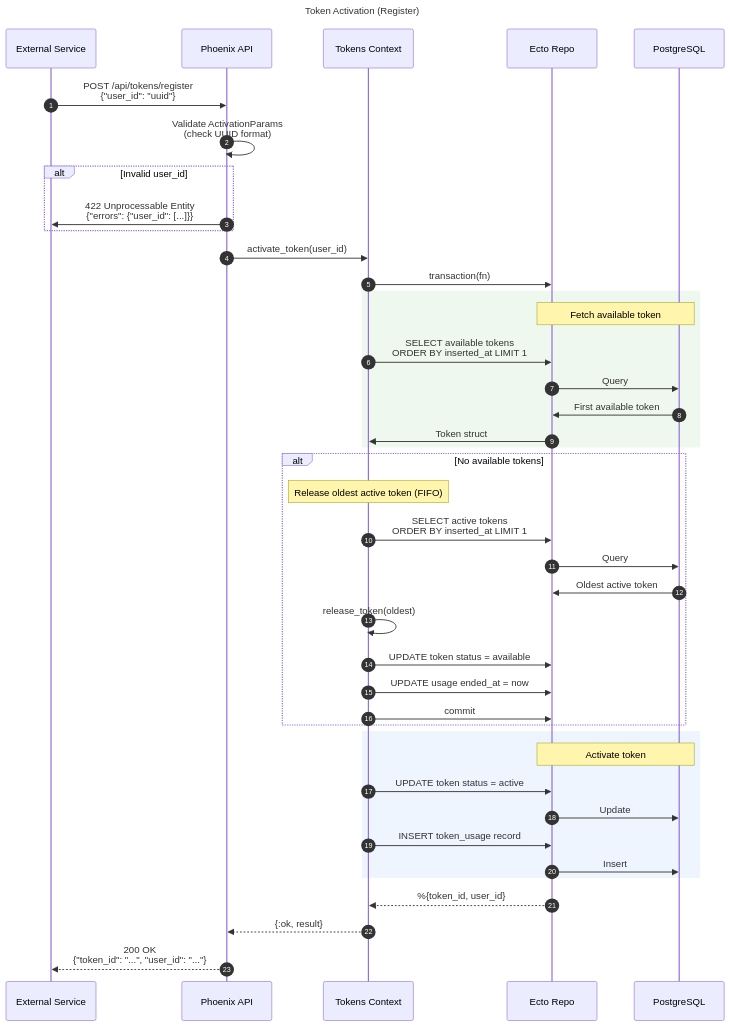
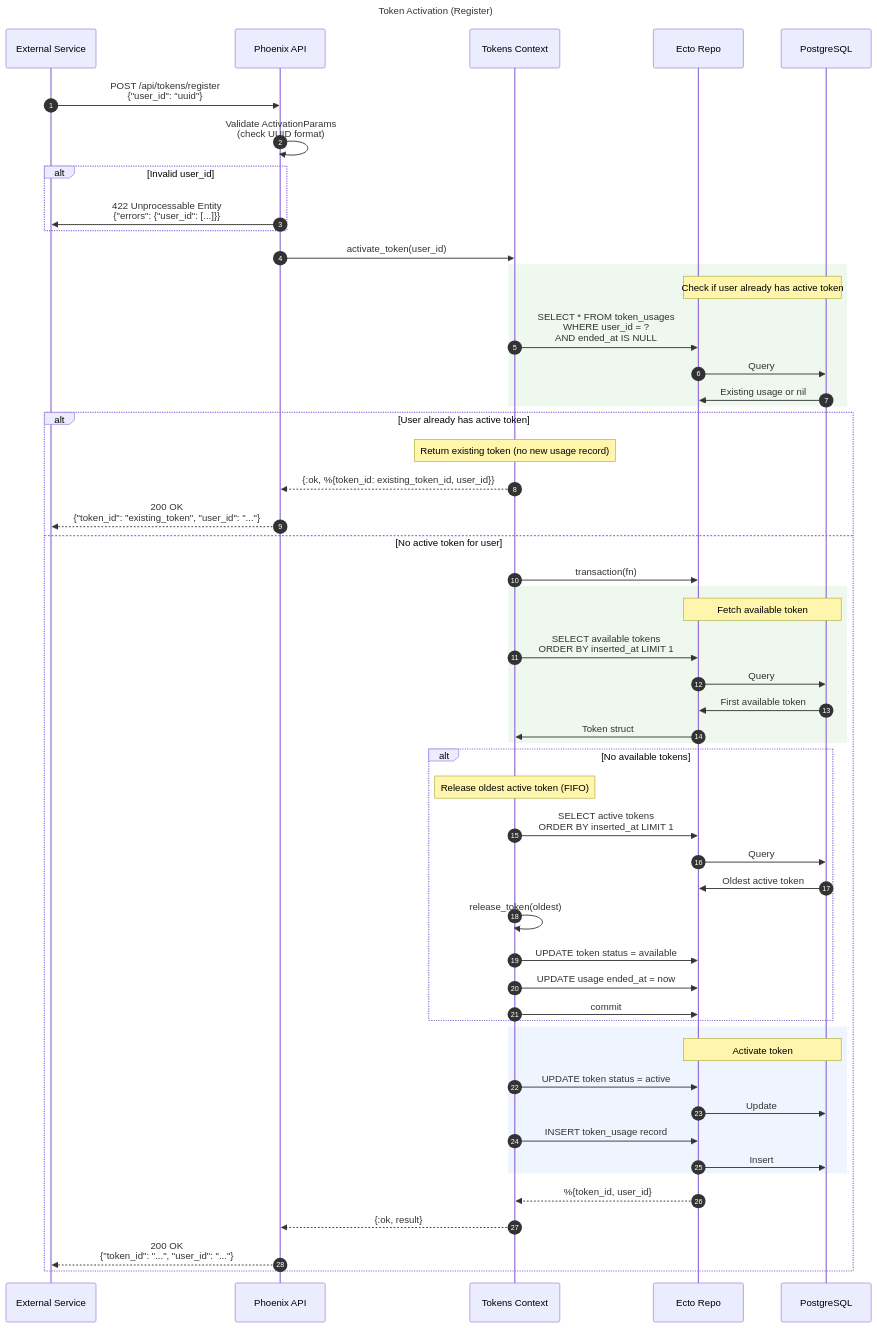
One commit to helderbarboza/token_guard changed the first of 6 diagrams in README.md. Above: the diagram before and after it, drawn with Mermaid. The commit also changed other lines of this file and 3 other files, not shown here.

Commit message:
refactor: a user cannot have more than one active token

````diff
--- a/README.md
+++ b/README.md
@@ -95,53 +96,66 @@
 ```mermaid
 sequenceDiagram
     title Token Activation (Register)
     autonumber
     participant Client as External Service
     participant API as Phoenix API
     participant Tokens as Tokens Context
     participant Repo as Ecto Repo
     participant DB as PostgreSQL
 
     Client->>API: POST /api/tokens/register<br/>{"user_id": "uuid"}
     
     API->>API: Validate ActivationParams<br/>(check UUID format)
     
     alt Invalid user_id
         API->>Client: 422 Unprocessable Entity<br/>{"errors": {"user_id": [...]}}
     end
     
     API->>Tokens: activate_token(user_id)
     
-    Tokens->>Repo: transaction(fn)
-    
     rect rgba(200, 230, 200, 0.3)
-        Note over Repo,DB: Fetch available token
-        Tokens->>Repo: SELECT available tokens<br/>ORDER BY inserted_at LIMIT 1
+        Note over Repo,DB: Check if user already has active token
+        Tokens->>Repo: SELECT * FROM token_usages<br/>WHERE user_id = ?<br/>AND ended_at IS NULL
         Repo->>DB: Query
-        DB->>Repo: First available token
-        Repo->>Tokens: Token struct
+        DB->>Repo: Existing usage or nil
     end
     
-    alt No available tokens
-        Note over Tokens: Release oldest active token (FIFO)
-        Tokens->>Repo: SELECT active tokens<br/>ORDER BY inserted_at LIMIT 1
-        Repo->>DB: Query
-        DB->>Repo: Oldest active token
-        Tokens->>Tokens: release_token(oldest)
-        Tokens->>Repo: UPDATE token status = available
-        Tokens->>Repo: UPDATE usage ended_at = now
-        Tokens->>Repo: commit
+    alt User already has active token
+        Note over Tokens: Return existing token (no new usage record)
+        Tokens-->>API: {:ok, %{token_id: existing_token_id, user_id}}
+        API-->>Client: 200 OK<br/>{"token_id": "existing_token", "user_id": "..."}
+    else No active token for user
+        Tokens->>Repo: transaction(fn)
+        
+        rect rgba(200, 230, 200, 0.3)
+            Note over Repo,DB: Fetch available token
+            Tokens->>Repo: SELECT available tokens<br/>ORDER BY inserted_at LIMIT 1
+            Repo->>DB: Query
+            DB->>Repo: First available token
+            Repo->>Tokens: Token struct
+        end
+        
+        alt No available tokens
+            Note over Tokens: Release oldest active token (FIFO)
+            Tokens->>Repo: SELECT active tokens<br/>ORDER BY inserted_at LIMIT 1
+            Repo->>DB: Query
+            DB->>Repo: Oldest active token
+            Tokens->>Tokens: release_token(oldest)
+            Tokens->>Repo: UPDATE token status = available
+            Tokens->>Repo: UPDATE usage ended_at = now
+            Tokens->>Repo: commit
+        end
+        
+        rect rgba(200, 220, 255, 0.3)
+            Note over Repo,DB: Activate token
+            Tokens->>Repo: UPDATE token status = active
+            Repo->>DB: Update
+            Tokens->>Repo: INSERT token_usage record
+            Repo->>DB: Insert
+        end
+        
+        Repo-->>Tokens: %{token_id, user_id}
+        Tokens-->>API: {:ok, result}
+        API-->>Client: 200 OK<br/>{"token_id": "...", "user_id": "..."}
     end
-    
-    rect rgba(200, 220, 255, 0.3)
-        Note over Repo,DB: Activate token
-        Tokens->>Repo: UPDATE token status = active
-        Repo->>DB: Update
-        Tokens->>Repo: INSERT token_usage record
-        Repo->>DB: Insert
-    end
-    
-    Repo-->>Tokens: %{token_id, user_id}
-    Tokens-->>API: {:ok, result}
-    API-->>Client: 200 OK<br/>{"token_id": "...", "user_id": "..."}
 ```
````
